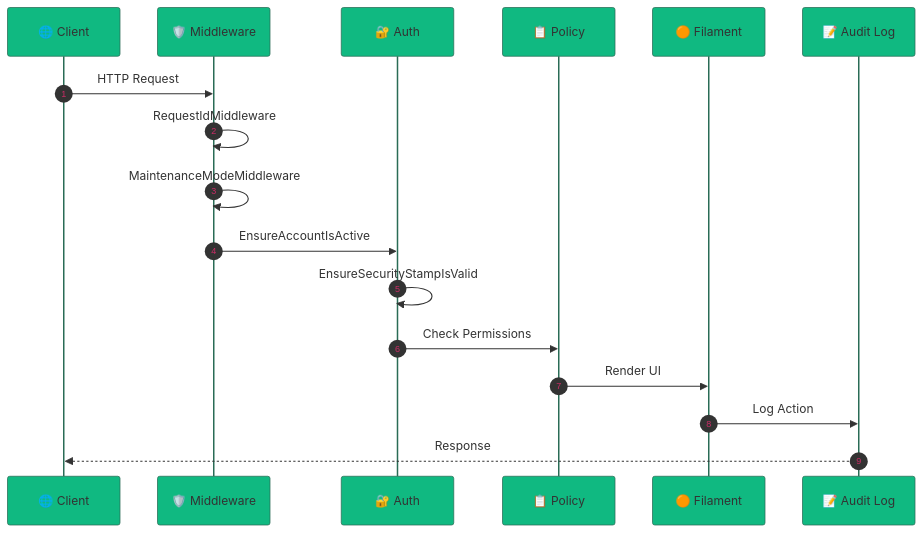
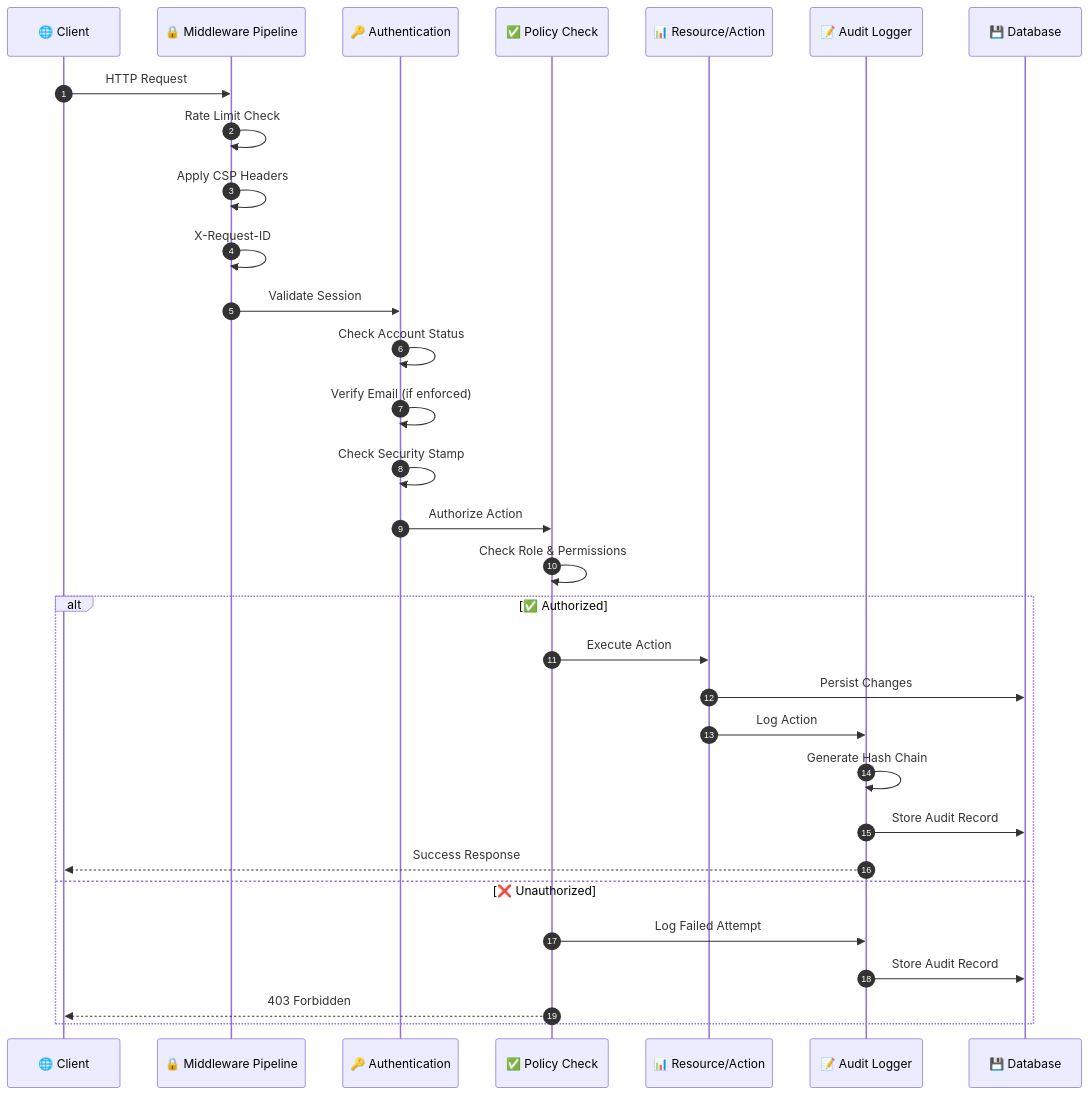
One commit to Halfirzzha/A-Good-Start-to-the-Program changed the second of 8 diagrams in README.md. Above: the diagram before and after it, drawn with Mermaid. The commit also changed other lines of this file and 125 other files, not shown here.

````diff
--- a/README.md
+++ b/README.md
@@ -156,21 +521,34 @@
 ```mermaid
-%%{init: {'theme': 'base', 'themeVariables': { 'primaryColor': '#10B981', 'lineColor': '#34D399'}}}%%
 sequenceDiagram
     autonumber
     participant C as 🌐 Client
-    participant M as 🛡️ Middleware
-    participant A as 🔐 Auth
-    participant P as 📋 Policy
-    participant F as 🟠 Filament
-    participant L as 📝 Audit Log
+    participant M as 🔒 Middleware Pipeline
+    participant A as 🔑 Authentication
+    participant P as ✅ Policy Check
+    participant R as 📊 Resource/Action
+    participant L as 📝 Audit Logger
+    participant DB as 💾 Database
 
     C->>M: HTTP Request
-    M->>M: RequestIdMiddleware
-    M->>M: MaintenanceModeMiddleware
-    M->>A: EnsureAccountIsActive
-    A->>A: EnsureSecurityStampIsValid
-    A->>P: Check Permissions
-    P->>F: Render UI
-    F->>L: Log Action
-    L-->>C: Response
+    M->>M: Rate Limit Check
+    M->>M: Apply CSP Headers
+    M->>M: X-Request-ID
+    M->>A: Validate Session
+    A->>A: Check Account Status
+    A->>A: Verify Email (if enforced)
+    A->>A: Check Security Stamp
+    A->>P: Authorize Action
+    P->>P: Check Role & Permissions
+    alt ✅ Authorized
+        P->>R: Execute Action
+        R->>DB: Persist Changes
+        R->>L: Log Action
+        L->>L: Generate Hash Chain
+        L->>DB: Store Audit Record
+        L-->>C: Success Response
+    else ❌ Unauthorized
+        P->>L: Log Failed Attempt
+        L->>DB: Store Audit Record
+        P-->>C: 403 Forbidden
+    end
 ```
````
